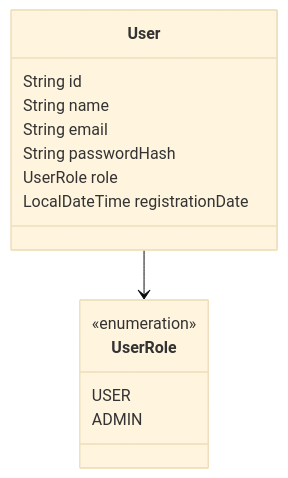
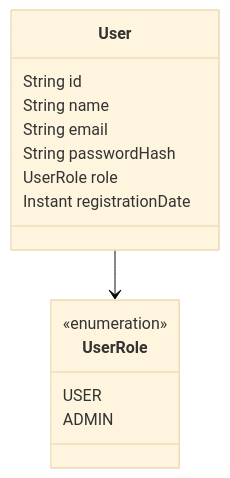
Before and after one commit to PI3-TCG/TCGMarket: the diagram in docs/arquitetura/Modelagem de Usuário e Autenticação.md, drawn with Mermaid (base theme). The commit also changed other lines of this file and 1 other file, not shown here.

Commit message:
feat: corrigir apontamentos em code review

````diff
--- a/docs/arquitetura/Modelagem de Usuário e Autenticação.md
+++ b/docs/arquitetura/Modelagem de Usuário e Autenticação.md
@@ -24,17 +24,17 @@
 ```mermaid
 classDiagram
     class User {
         String id
         String name
         String email
         String passwordHash
         UserRole role
-        LocalDateTime registrationDate
+        Instant registrationDate
     }
     class UserRole {
         <<enumeration>>
         USER
         ADMIN
     }
     User --> UserRole
 ```
````
